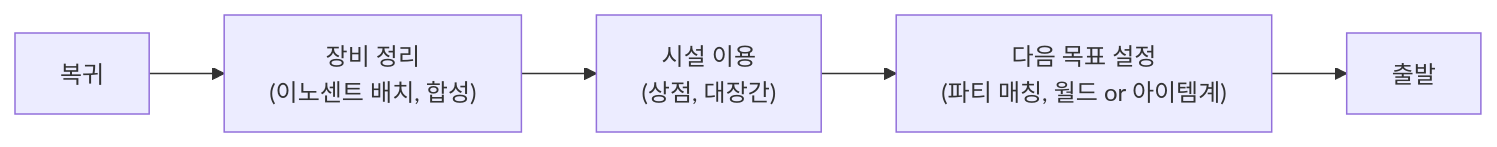
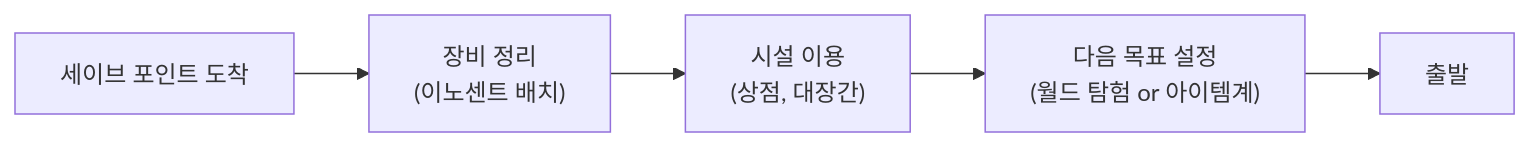
Before and after one commit to Biskraft/ProjectAbyss: the fourth of 4 diagrams in Documents/Design/Design_CoreLoop_Circulation.md, drawn with Mermaid. The commit also changed other lines of this file and 20 other files, not shown here.

````diff
--- a/Documents/Design/Design_CoreLoop_Circulation.md
+++ b/Documents/Design/Design_CoreLoop_Circulation.md
@@ -150,7 +150,7 @@
 ```mermaid
 graph LR
-    H1["복귀"] --> H2["장비 정리<br/>(이노센트 배치, 합성)"]
+    H1["세이브 포인트 도착"] --> H2["장비 정리<br/>(이노센트 배치)"]
     H2 --> H3["시설 이용<br/>(상점, 대장간)"]
-    H3 --> H4["다음 목표 설정<br/>(파티 매칭, 월드 or 아이템계)"]
+    H3 --> H4["다음 목표 설정<br/>(월드 탐험 or 아이템계)"]
     H4 --> H5["출발"]
 ```
````
